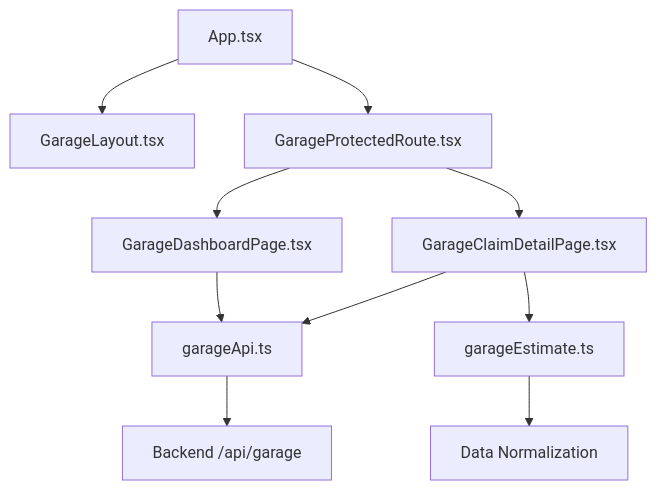
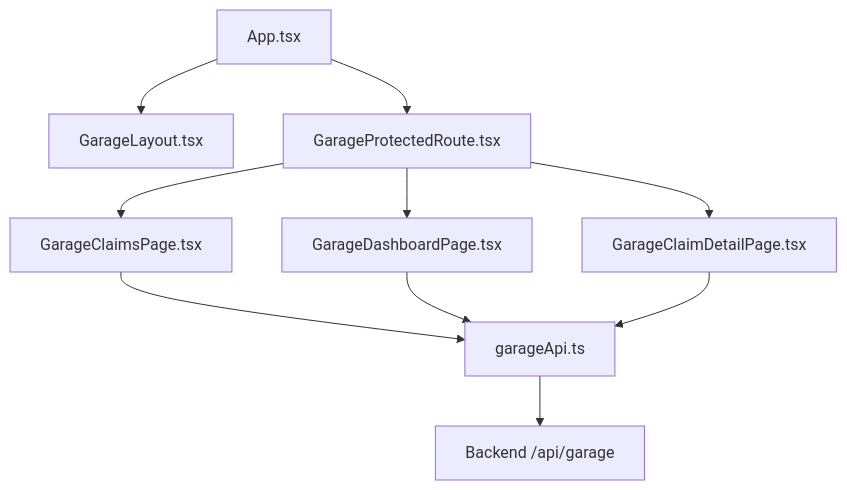
The first of 10 diagrams in .qoder/repowiki/en/content/Frontend Documentation/Garage Frontend Interface.md (NaveenHiranya/Smart-Vehicle-Insurance-Claim-System), drawn with Mermaid before and after one commit. The commit also changed other lines of this file and 38 other files, not shown here.

````diff
--- a/.qoder/repowiki/en/content/Frontend Documentation/Garage Frontend Interface.md
+++ b/.qoder/repowiki/en/content/Frontend Documentation/Garage Frontend Interface.md
@@ -53,12 +54,12 @@
 ```mermaid
 graph TB
 A["App.tsx"] --> B["GarageLayout.tsx"]
 A --> C["GarageProtectedRoute.tsx"]
 C --> D["GarageDashboardPage.tsx"]
-C --> E["GarageClaimDetailPage.tsx"]
-E --> F["garageEstimate.ts"]
-D --> G["garageApi.ts"]
-E --> G
+C --> E["GarageClaimsPage.tsx"]
+C --> F["GarageClaimDetailPage.tsx"]
+E --> G["garageApi.ts"]
+D --> G
+F --> G
 G --> H["Backend /api/garage"]
-F --> I["Data Normalization"]
 ```
````
